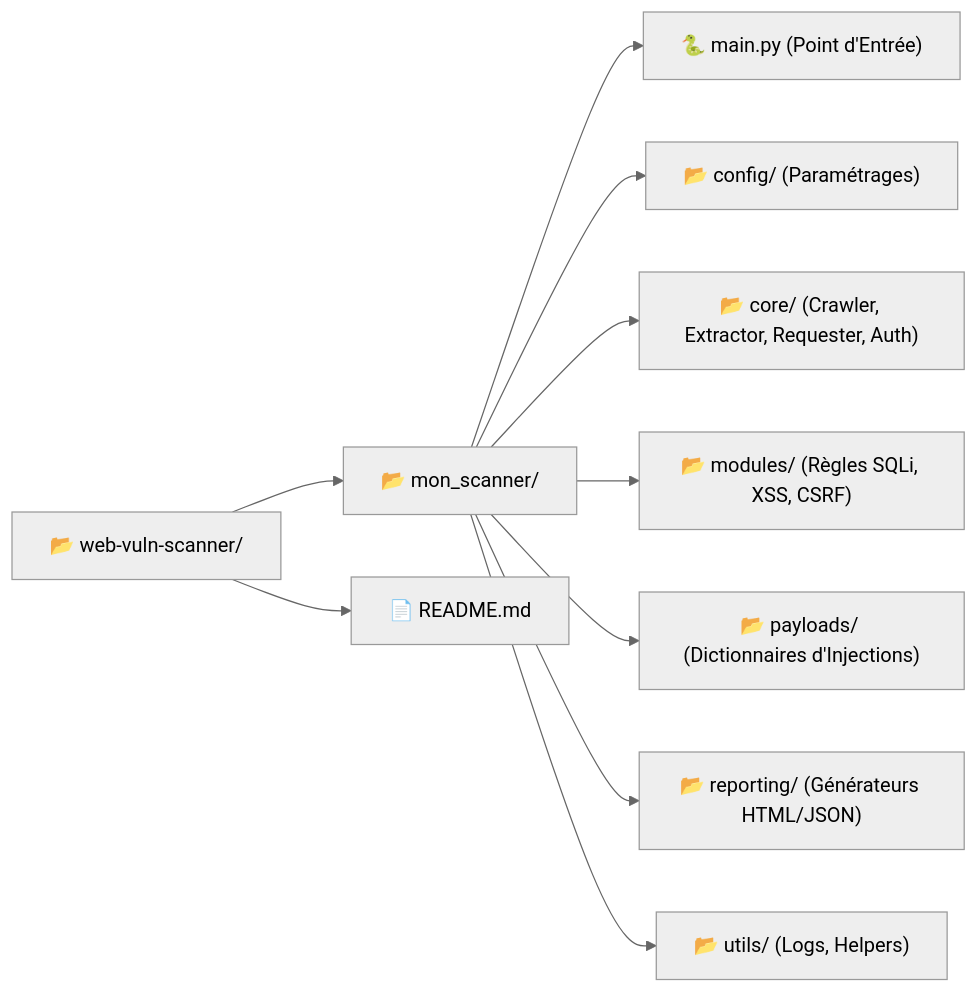
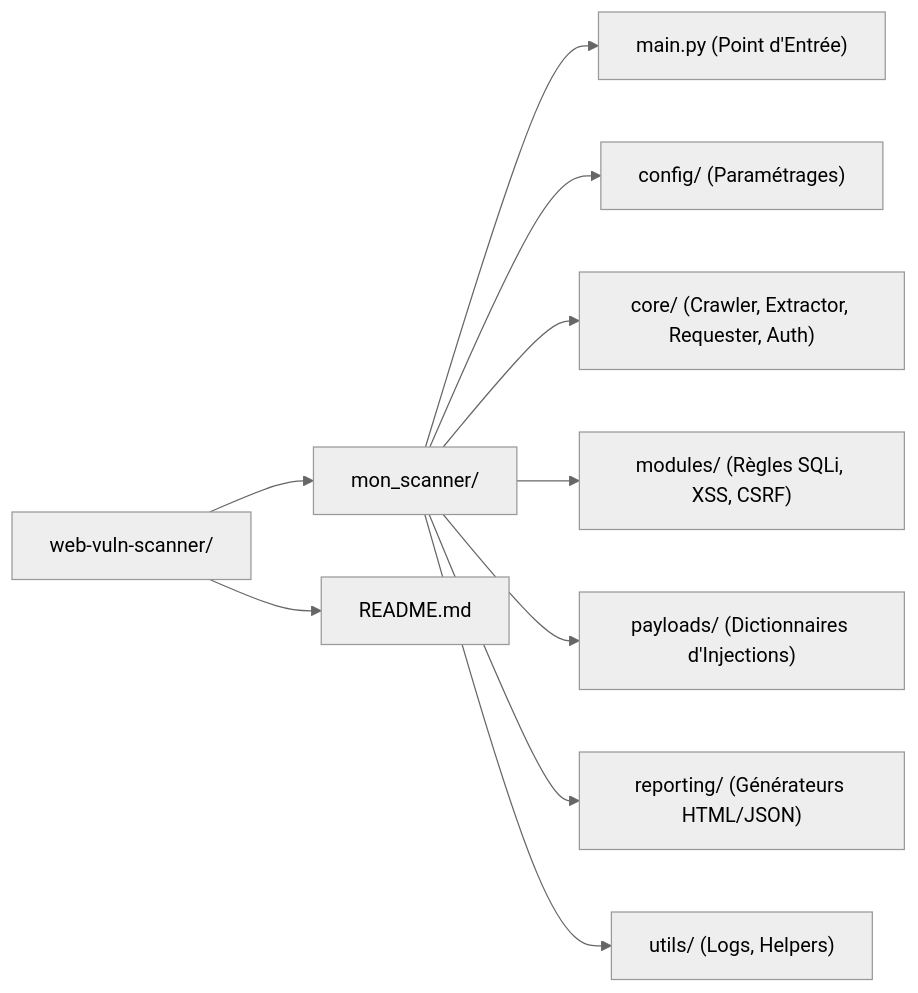
One commit to JamaiAli/web-vuln-scanner changed the second of 2 diagrams in README.md. Above: the diagram before and after it, drawn with Mermaid (neutral theme). The commit also changed other lines of this file, not shown here.

````diff
--- a/README.md
+++ b/README.md
@@ -60,12 +67,12 @@
 ```mermaid
 graph LR
-    Root["📂 web-vuln-scanner/"] --> Scanner["📂 mon_scanner/"]
-    Root --> Readme["📄 README.md"]
-    Scanner --> Main["🐍 main.py (Point d'Entrée)"]
-    Scanner --> Config["📂 config/ (Paramétrages)"]
-    Scanner --> Core["📂 core/ (Crawler, Extractor, Requester, Auth)"]
-    Scanner --> Modules["📂 modules/ (Règles SQLi, XSS, CSRF)"]
-    Scanner --> Payloads["📂 payloads/ (Dictionnaires d'Injections)"]
-    Scanner --> Reporting["📂 reporting/ (Générateurs HTML/JSON)"]
-    Scanner --> Utils["📂 utils/ (Logs, Helpers)"]
+    Root["web-vuln-scanner/"] --> Scanner["mon_scanner/"]
+    Root --> Readme["README.md"]
+    Scanner --> Main["main.py (Point d'Entrée)"]
+    Scanner --> Config["config/ (Paramétrages)"]
+    Scanner --> Core["core/ (Crawler, Extractor, Requester, Auth)"]
+    Scanner --> Modules["modules/ (Règles SQLi, XSS, CSRF)"]
+    Scanner --> Payloads["payloads/ (Dictionnaires d'Injections)"]
+    Scanner --> Reporting["reporting/ (Générateurs HTML/JSON)"]
+    Scanner --> Utils["utils/ (Logs, Helpers)"]
 ```
````
